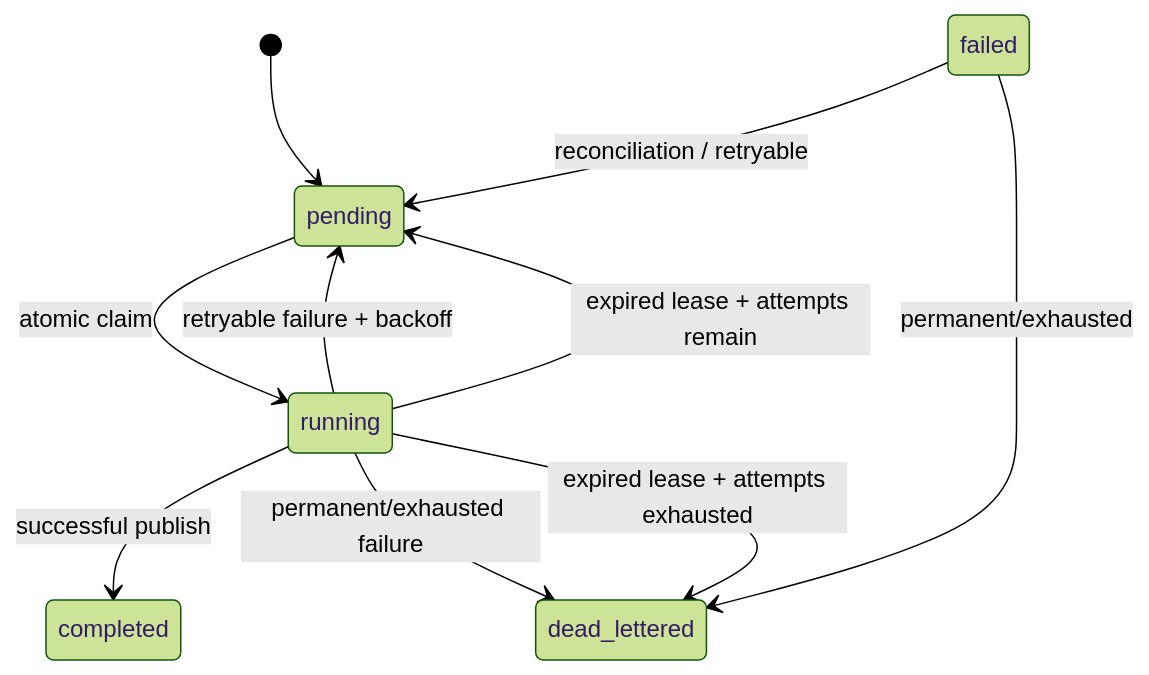
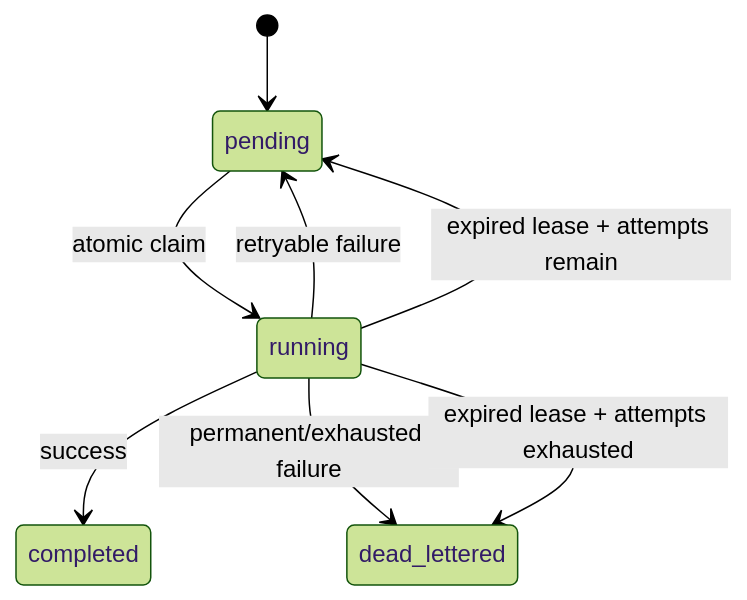
The second of 2 diagrams in docs/SYSTEM_DESIGN.md (magic-alt/ragbot), drawn with Mermaid (forest theme) before and after one commit. The commit also changed other lines of this file, not shown here.

````diff
--- a/docs/SYSTEM_DESIGN.md
+++ b/docs/SYSTEM_DESIGN.md
@@ -82,12 +106,10 @@
 ```mermaid
 stateDiagram-v2
   [*] --> pending
   pending --> running: atomic claim
-  running --> completed: successful publish
-  running --> pending: retryable failure + backoff
+  running --> completed: success
+  running --> pending: retryable failure
   running --> dead_lettered: permanent/exhausted failure
   running --> pending: expired lease + attempts remain
   running --> dead_lettered: expired lease + attempts exhausted
-  failed --> pending: reconciliation / retryable
-  failed --> dead_lettered: permanent/exhausted
 ```
````
